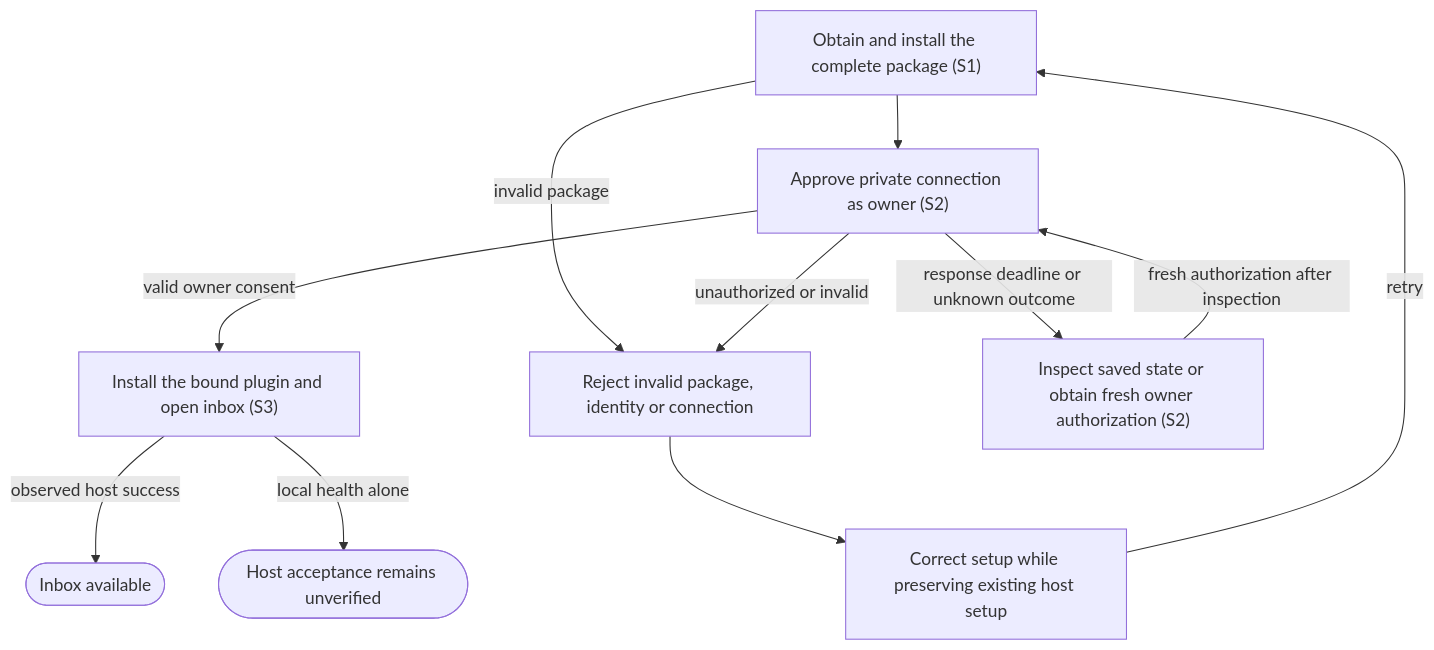
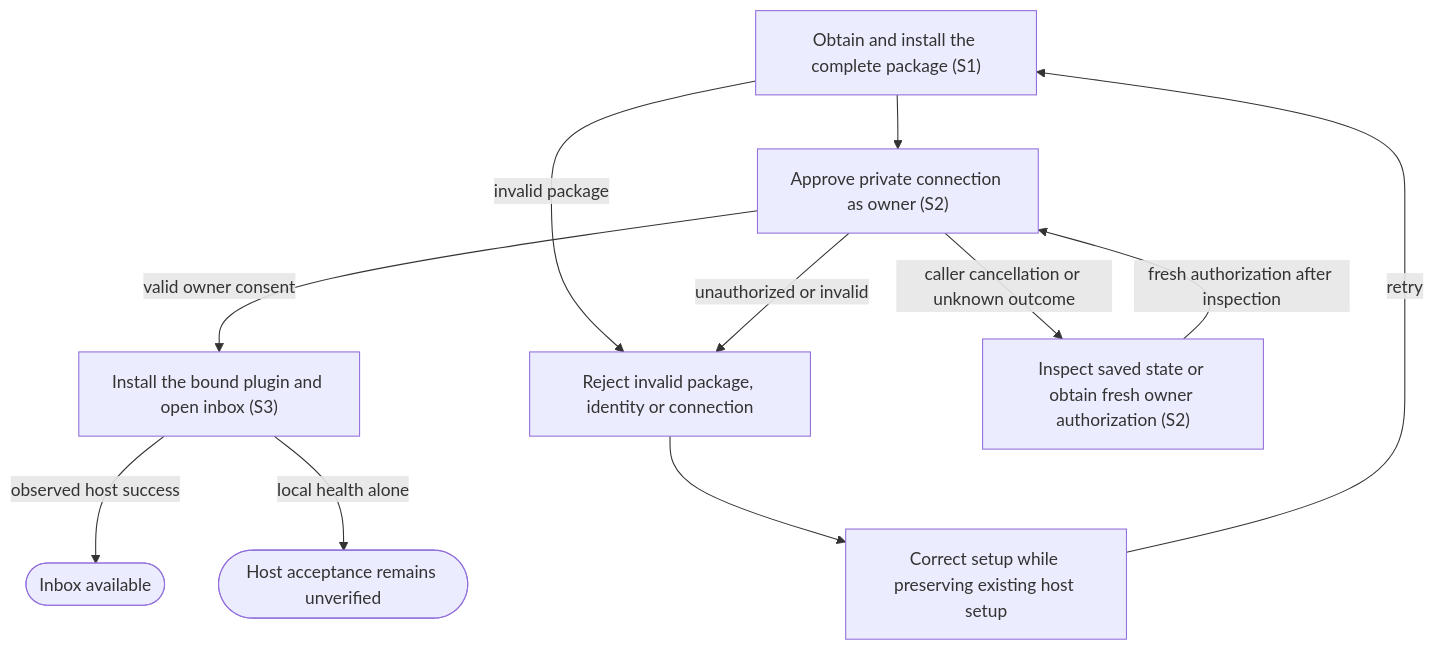
Before and after one commit to dk-code-factory/code-factory-plugin: the diagram in docs/user-flows/install-connect.md, drawn with Mermaid. The commit also changed other lines of this file and 47 other files, not shown here.

````diff
--- a/docs/user-flows/install-connect.md
+++ b/docs/user-flows/install-connect.md
@@ -35,21 +35,21 @@
 ```mermaid
 flowchart TD
     N0["Obtain and install the complete package #40;S1#41;"]
     N1["Approve private connection as owner #40;S2#41;"]
     N2["Install the bound plugin and open inbox #40;S3#41;"]
     N3["Reject invalid package, identity or connection"]
     N4["Correct setup while preserving existing host setup"]
     N5(["Inbox available"])
     N6(["Host acceptance remains unverified"])
     N7["Inspect saved state or obtain fresh owner authorization #40;S2#41;"]
     N0 --> N1
     N1 -->|"valid owner consent"| N2
     N0 -->|"invalid package"| N3
     N1 -->|"unauthorized or invalid"| N3
     N3 --> N4
     N4 -->|"retry"| N0
     N2 -->|"observed host success"| N5
     N2 -->|"local health alone"| N6
-    N1 -->|"response deadline or unknown outcome"| N7
+    N1 -->|"caller cancellation or unknown outcome"| N7
     N7 -->|"fresh authorization after inspection"| N1
 ```
````
